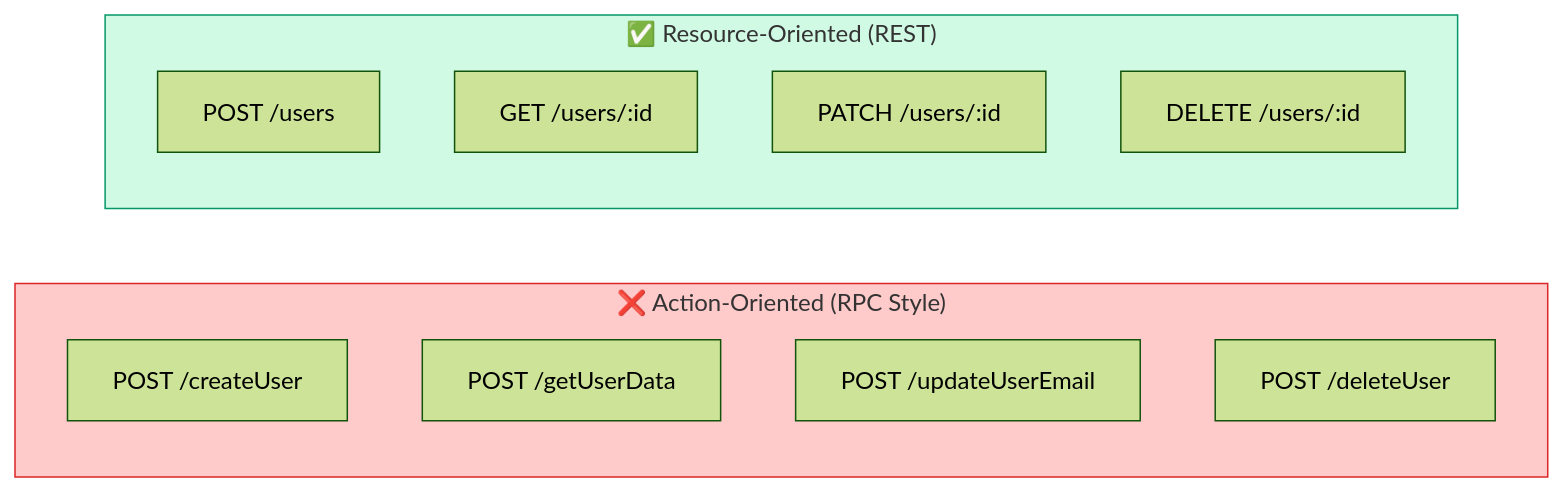
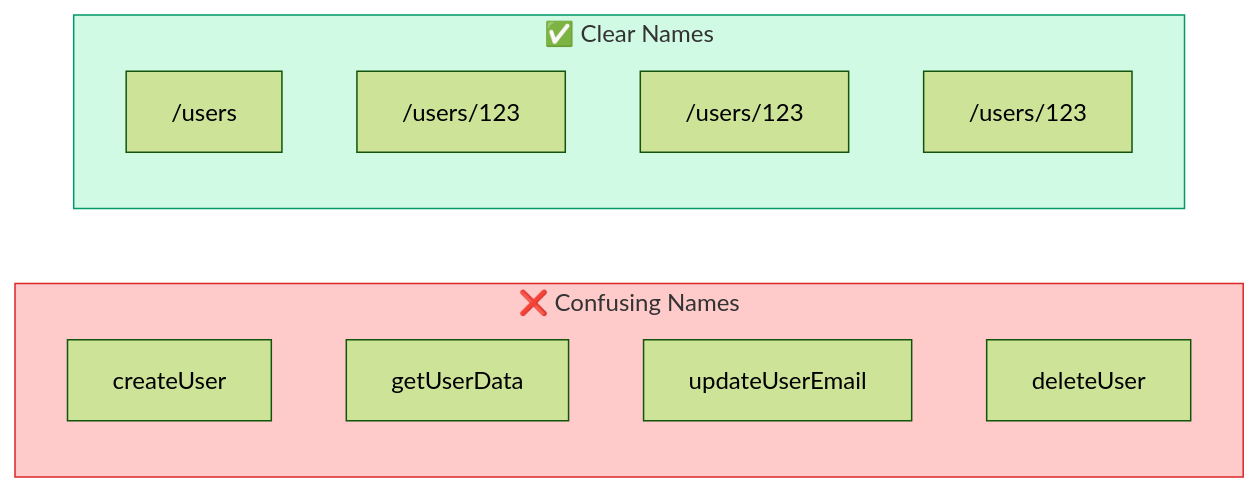
Before and after one commit to rilov/handbook: diagram 11 of 16 in _topics/scaling-api-design-architecture-part-2.md, drawn with Mermaid (forest theme). The commit also changed other lines of this file, not shown here.

```diff
--- a/_topics/scaling-api-design-architecture-part-2.md
+++ b/_topics/scaling-api-design-architecture-part-2.md
@@ -581,21 +580,21 @@
 <div class="mermaid">
 flowchart LR
-    subgraph bad["❌ Action-Oriented (RPC Style)"]
+    subgraph bad["❌ Confusing Names"]
         direction TB
-        A1["POST /createUser"]
-        A2["POST /getUserData"]
-        A3["POST /updateUserEmail"]
-        A4["POST /deleteUser"]
+        A1["createUser"]
+        A2["getUserData"]
+        A3["updateUserEmail"]
+        A4["deleteUser"]
     end
     
-    subgraph good["✅ Resource-Oriented (REST)"]
+    subgraph good["✅ Clear Names"]
         direction TB
-        R1["POST /users"]
-        R2["GET /users/:id"]
-        R3["PATCH /users/:id"]
-        R4["DELETE /users/:id"]
+        R1["/users"]
+        R2["/users/123"]
+        R3["/users/123"]
+        R4["/users/123"]
     end
     
     style bad fill:#fecaca,stroke:#dc2626
     style good fill:#d1fae5,stroke:#059669
 </div>
```
